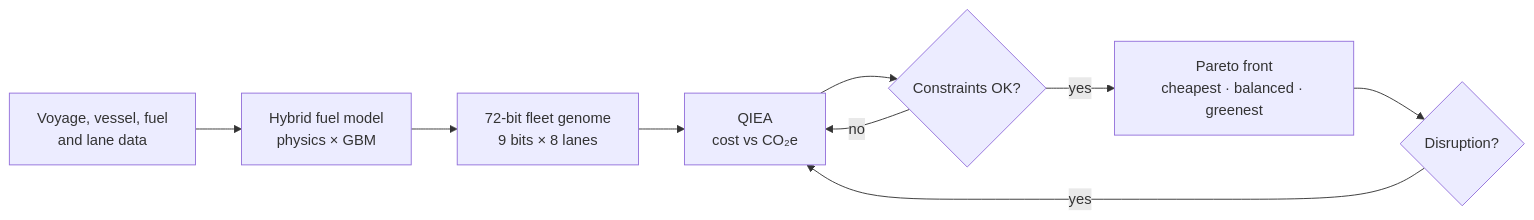
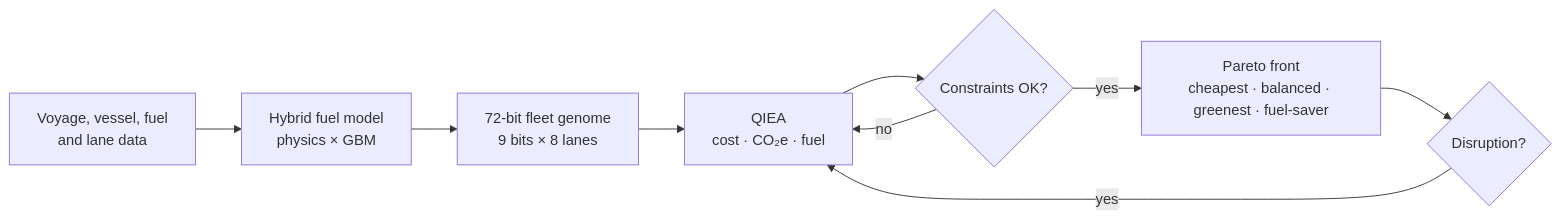
One commit to adityarjain/Sih-green-fleet changed the diagram in README.md. Above: the diagram before and after it, drawn with Mermaid. The commit also changed other lines of this file and 18 other files, not shown here.

Commit message:
Add fuel objective, fuel-saver plan, CSV fleet upload and per-lane plan explanations

````diff
--- a/README.md
+++ b/README.md
@@ -62,11 +63,11 @@
 ```mermaid
 flowchart LR
   A[Voyage, vessel, fuel<br/>and lane data] --> B[Hybrid fuel model<br/>physics × GBM]
   B --> C[72-bit fleet genome<br/>9 bits × 8 lanes]
-  C --> D[QIEA<br/>cost vs CO₂e]
+  C --> D[QIEA<br/>cost · CO₂e · fuel]
   D --> E{Constraints OK?}
-  E -- yes --> F[Pareto front<br/>cheapest · balanced · greenest]
+  E -- yes --> F[Pareto front<br/>cheapest · balanced · greenest · fuel-saver]
   E -- no --> D
   F --> G{Disruption?}
   G -- yes --> D
 ```
````
